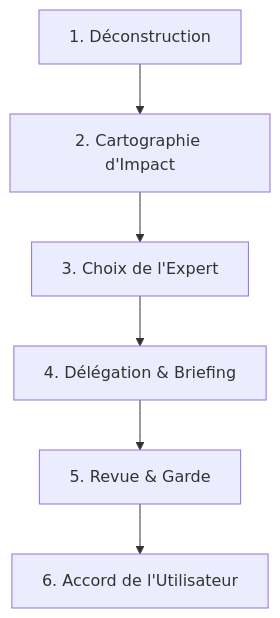
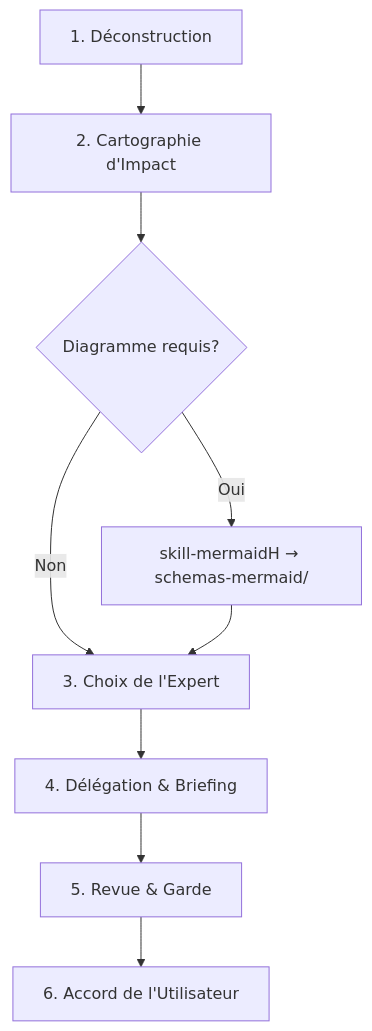
The diagram in .skills/skills Agents/ChefsOfika/SKILL.md (krsidoine7-svg/Ofika-c), drawn with Mermaid before and after one commit. The commit also changed other lines of this file and 124 other files, not shown here.

````diff
--- a/.skills/skills Agents/ChefsOfika/SKILL.md
+++ b/.skills/skills Agents/ChefsOfika/SKILL.md
@@ -47,8 +87,11 @@
 ```mermaid
 graph TD
     A[1. Déconstruction] --> B[2. Cartographie d'Impact]
-    B --> C[3. Choix de l'Expert]
+    B --> B2{Diagramme requis?}
+    B2 -->|Oui| M[skill-mermaidH → schemas-mermaid/]
+    B2 -->|Non| C[3. Choix de l'Expert]
+    M --> C
     C --> D[4. Délégation & Briefing]
     D --> E[5. Revue & Garde]
     E --> F[6. Accord de l'Utilisateur]
 ```
````
